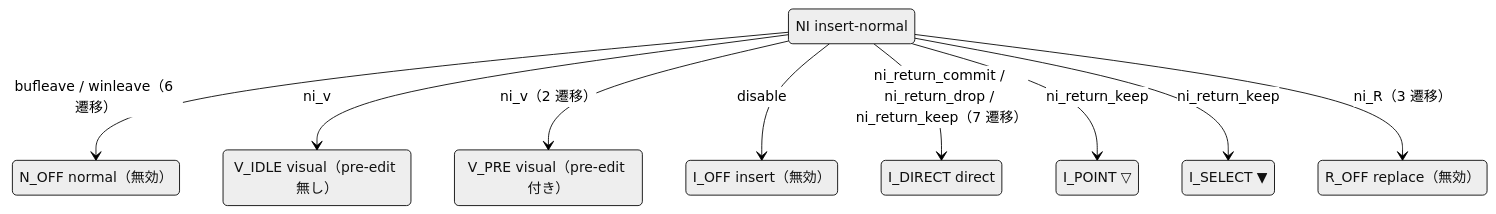
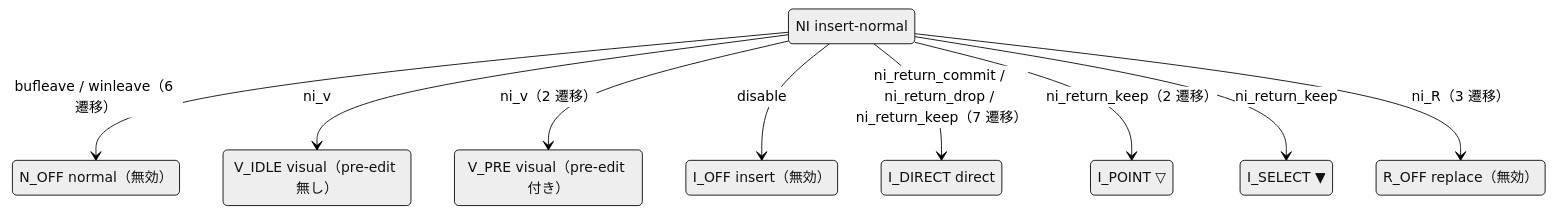
One commit to kat0h/skkeleton.nvim changed the fourth of 10 diagrams in semantics/STATE_MACHINE.md. Above: the diagram before and after it, drawn with Mermaid (neutral theme). The commit also changed other lines of this file, not shown here.

````diff
--- a/semantics/STATE_MACHINE.md
+++ b/semantics/STATE_MACHINE.md
@@ -417,20 +417,20 @@
 ```mermaid
 stateDiagram-v2
   state "NI insert-normal" as NI
   state "N_OFF normal（無効）" as N_OFF
   state "V_IDLE visual（pre-edit 無し）" as V_IDLE
   state "V_PRE visual（pre-edit 付き）" as V_PRE
   state "I_OFF insert（無効）" as I_OFF
   state "I_DIRECT direct" as I_DIRECT
   state "I_POINT ▽" as I_POINT
   state "I_SELECT ▼" as I_SELECT
   state "R_OFF replace（無効）" as R_OFF
   NI --> N_OFF: bufleave / winleave（6 遷移）
   NI --> V_IDLE: ni_v
   NI --> V_PRE: ni_v（2 遷移）
   NI --> I_OFF: disable
   NI --> I_DIRECT: ni_return_commit / ni_return_drop / ni_return_keep（7 遷移）
-  NI --> I_POINT: ni_return_keep
+  NI --> I_POINT: ni_return_keep（2 遷移）
   NI --> I_SELECT: ni_return_keep
   NI --> R_OFF: ni_R（3 遷移）
 ```
````
